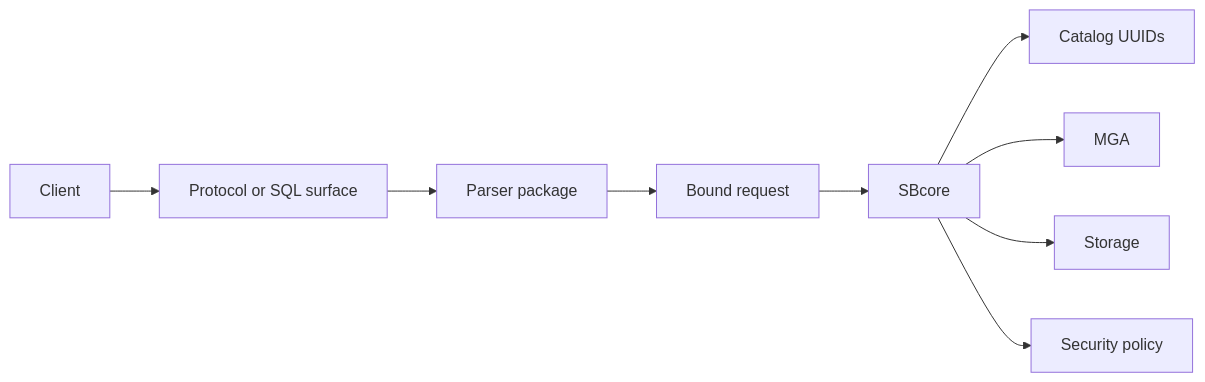
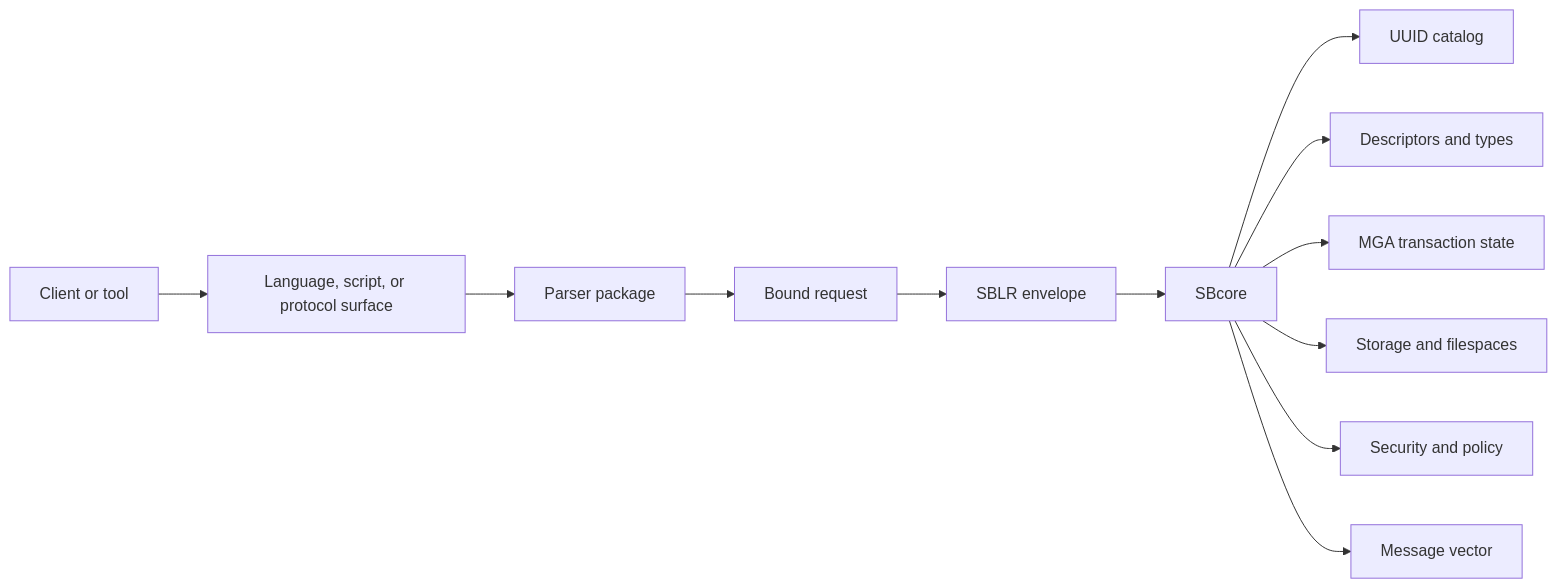
The first of 2 diagrams in docs/documentation/draft/Getting_Started/architecture/engine_parser_boundary.md (scratchbird-software-inc/ScratchBird), drawn with Mermaid before and after one commit. The commit also changed other lines of this file and 23 other files, not shown here.

````diff
--- a/docs/documentation/draft/Getting_Started/architecture/engine_parser_boundary.md
+++ b/docs/documentation/draft/Getting_Started/architecture/engine_parser_boundary.md
@@ -11,11 +13,27 @@
 ```mermaid
 flowchart LR
-    Client[Client] --> Surface[Protocol or SQL surface]
-    Surface --> Parser[Parser package]
-    Parser --> Request[Bound request]
-    Request --> Engine[SBcore]
-    Engine --> Catalog[Catalog UUIDs]
-    Engine --> Txn[MGA]
-    Engine --> Storage[Storage]
-    Engine --> Policy[Security policy]
+    Client[Client or tool]
+    Surface[Language, script, or protocol surface]
+    Parser[Parser package]
+    Bound[Bound request]
+    SBLR[SBLR envelope]
+    Engine[SBcore]
+    Catalog[UUID catalog]
+    Types[Descriptors and types]
+    Txn[MGA transaction state]
+    Storage[Storage and filespaces]
+    Policy[Security and policy]
+    Diagnostic[Message vector]
+
+    Client --> Surface
+    Surface --> Parser
+    Parser --> Bound
+    Bound --> SBLR
+    SBLR --> Engine
+    Engine --> Catalog
+    Engine --> Types
+    Engine --> Txn
+    Engine --> Storage
+    Engine --> Policy
+    Engine --> Diagnostic
 ```
````
